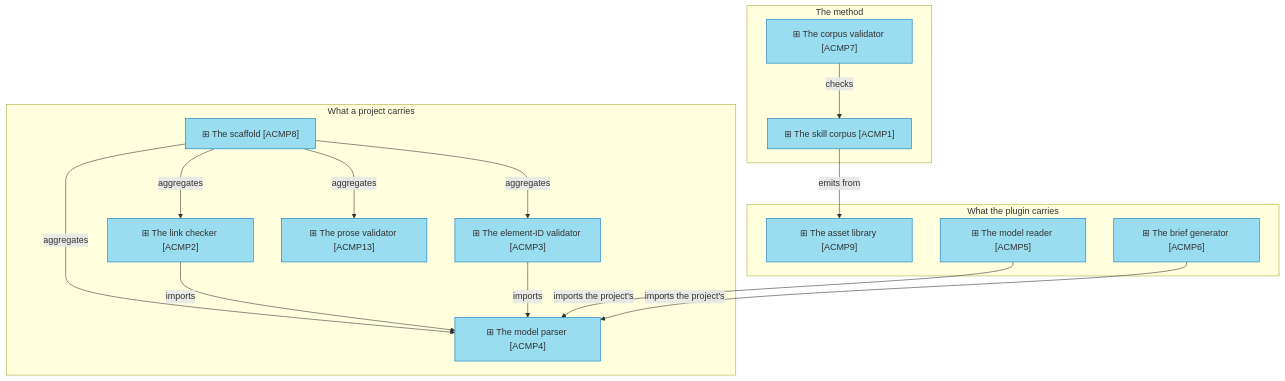
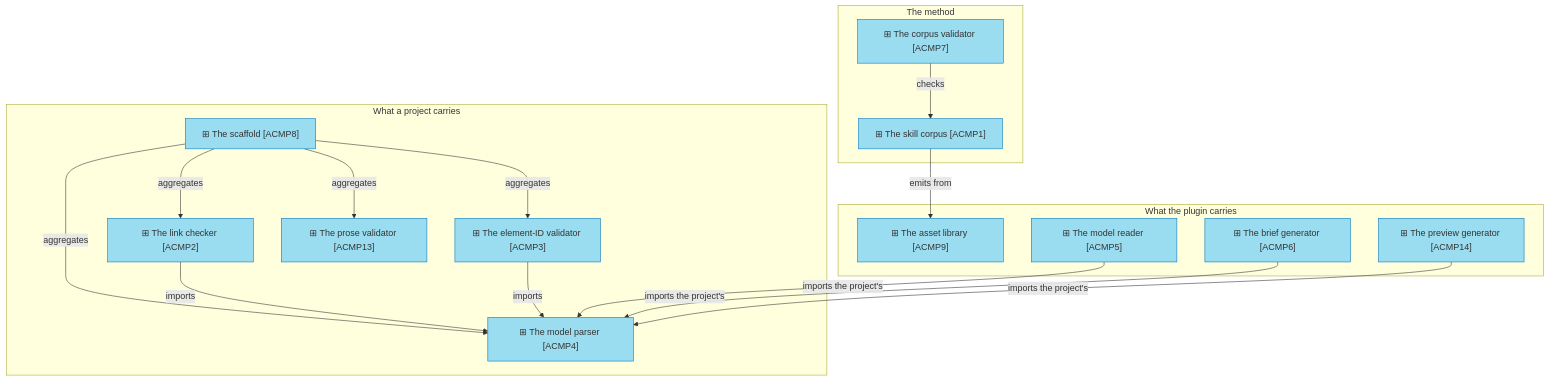
Before and after one commit to roanboc/architecture-archreator: the diagram in product-archreator/architecture/4_application/2_application-components.md, drawn with Mermaid. The commit also changed other lines of this file and 8 other files, not shown here.

````diff
--- a/product-archreator/architecture/4_application/2_application-components.md
+++ b/product-archreator/architecture/4_application/2_application-components.md
@@ -14,32 +14,34 @@
 ```mermaid
 flowchart TB
   subgraph corpus["The method"]
     c1["⊞ The skill corpus [ACMP1]"]:::app
     c7["⊞ The corpus validator [ACMP7]"]:::app
   end
   subgraph project["What a project carries"]
     c8["⊞ The scaffold [ACMP8]"]:::app
     c2["⊞ The link checker [ACMP2]"]:::app
     c3["⊞ The element-ID validator [ACMP3]"]:::app
     c4["⊞ The model parser [ACMP4]"]:::app
     c13["⊞ The prose validator [ACMP13]"]:::app
   end
   subgraph plugin["What the plugin carries"]
     c9["⊞ The asset library [ACMP9]"]:::app
     c5["⊞ The model reader [ACMP5]"]:::app
     c6["⊞ The brief generator [ACMP6]"]:::app
+    c14["⊞ The preview generator [ACMP14]"]:::app
   end
 
   c7 -->|checks| c1
   c8 -->|aggregates| c2
   c8 -->|aggregates| c3
   c8 -->|aggregates| c4
   c8 -->|aggregates| c13
   c2 -->|imports| c4
   c3 -->|imports| c4
   c5 -->|imports the project's| c4
   c6 -->|imports the project's| c4
+  c14 -->|imports the project's| c4
   c1 -->|emits from| c9
 
   classDef app fill:#9adcf0,stroke:#0277bd,color:#333
 ```
````
